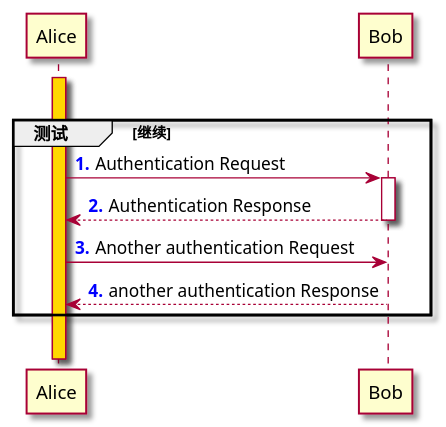
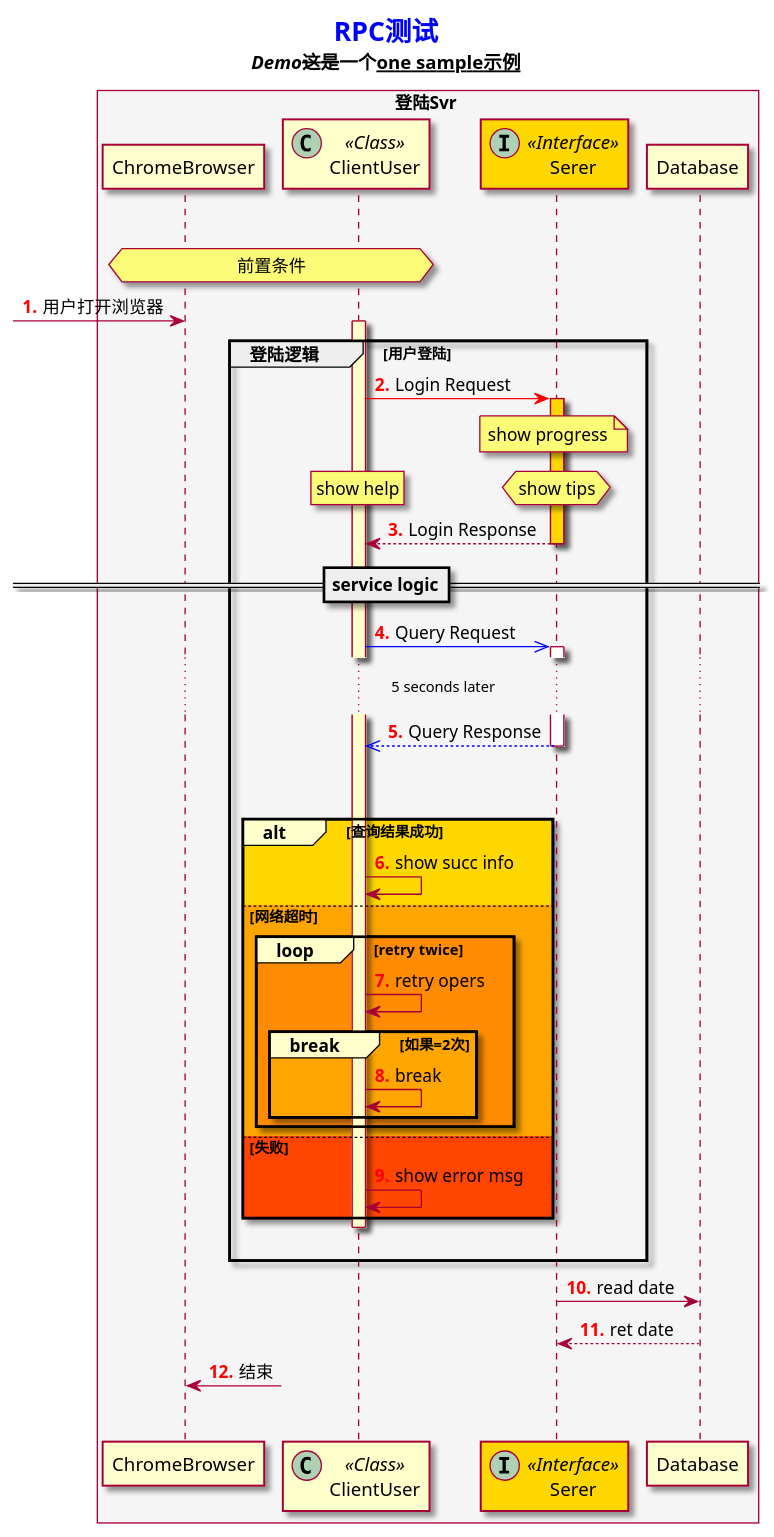
The diagram in doc/design_diagram/study_plant_uml/diagram1_sequence.puml (yanxueweicn/tdd_dev), drawn with PlantUML before and after one commit.

Commit message:
优化完整的时序图，方便记忆

```diff
--- a/doc/design_diagram/study_plant_uml/diagram1_sequence.puml
+++ b/doc/design_diagram/study_plant_uml/diagram1_sequence.puml
@@ -1,51 +1,99 @@
 @startuml
 'https://plantuml.com/sequence-diagram
 
 '!$BGCOLOR="white"
 '!theme materia
 ' or !include https://raw.githubusercontent.com/bschwarz/puml-themes/master/themes/materia/puml-theme-materia.puml
 
 skin rose
 /'
 <style>
     sequenceDiagram {
         participant {
             FontColor Black
             LineColor red
             BackGroundColor LightYellow
         }
     }
 </style>
 
 skinparam backGroundColor white
 skinparam handwritten true
 skinparam roundCorner 10
 skinparam sequence {
     participantBorderThickness 2
     participantBorderColor red
     participantBackgroundColor business
     participantFontColor Black
     participantFontSize 17
 
     lifeLineBorderColor red
     lifeLineBackgroundColor white
 
     arrowColor red
 }
 '/
 
+title
+    <color:blue><font size=20>**RPC测试**</font>
+    //Demo//--这是--一个~~one sample~~__示例__
+end title
+
 'autonumber start step "<b><color:red>0|#."
-autonumber 1 1 "<b><color:blue>."
+autonumber 1 1 "<b><color:red>."
+
+box 登陆Svr #whiteSmoke
 |||
-group 测试 [继续]
-    activate Alice #gold
+    'actor boundary control collections database entity queue
+    participant "ChromeBrowser" as Browse
+    participant "ClientUser" as Client << (C,#add1b2) Class >> order 1 #business
+    participant "Serer" as Server << (I,#add1b2) Interface >> order 2 #gold
+    participant "Database" as Database order 3
 
-    Alice -> Bob ++ : Authentication Request
-    Alice <-- Bob -- : Authentication Response
+    hnote over Browse,Client
+        前置条件
+    end note
 
-    Alice -> Bob: Another authentication Request
-    return another authentication Response
-end
+    [-> Browse : 用户打开浏览器
+
+    'alt/else,loop,break,opt
+    group 登陆逻辑 [用户登陆]
+        activate Client #business
+
+            Client -[#red]> Server ++ #gold : Login Request
+            note  over Server: show progress
+            hnote  over Server: show tips
+            / rnote over Client : show help
+            Client <-- Server -- : Login Response
+
+            ==service logic==
+            Client -[#blue]>> Server ++ : Query Request
+            ... 5 seconds later ...
+            return Query Response
+
+            ||40||
+            alt#business #gold 查询结果成功
+                Client -> Client : show succ info
+            else #orange 网络超时
+                loop#business #darkOrange retry twice
+                    Client -> Client : retry opers
+                    break#business #orange 如果=2次
+                        Client -> Client : break
+                    end
+                end
+            else #orangeRed 失败
+                Client -> Client : show error msg
+            end
+
+        deactivate Client
+    |||
+    end
+
+    Server -> Database : read date
+    return ret date
+
+    Browse <-? : 结束
 |||
+end box
 
 @enduml
```
